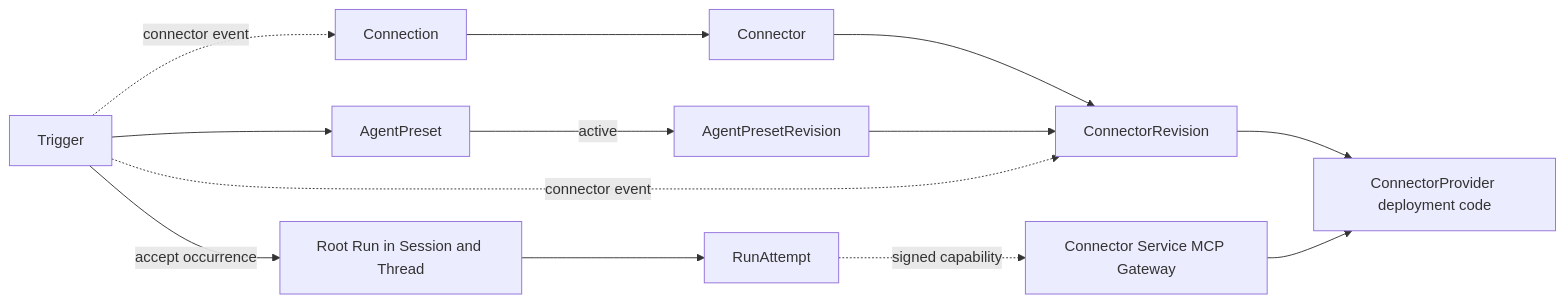
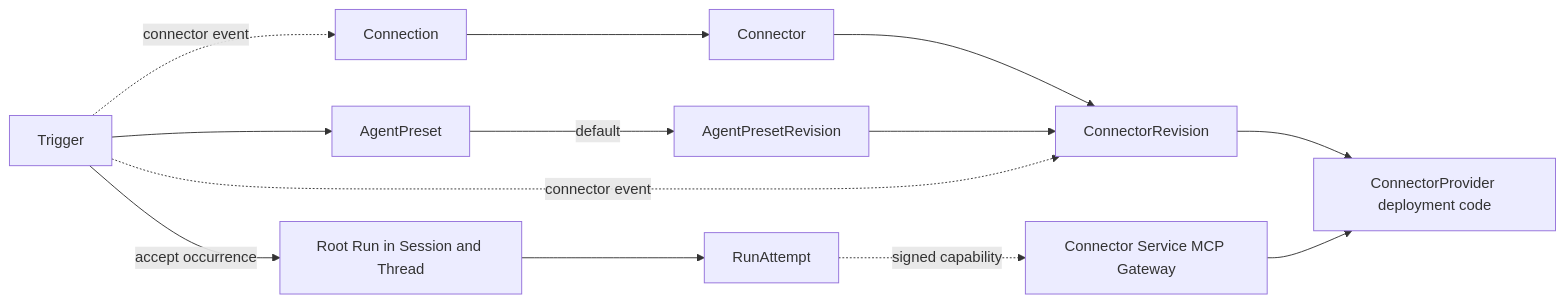
The first of 4 diagrams in spec/foundation-service/23-connectors-connections-and-triggers.md (LTThreeComma/agent-foundation), drawn with Mermaid before and after one commit. The commit also changed other lines of this file and 43 other files, not shown here.

First line of the commit message:
feat(agent-presets): separate revision creation from defaults (#103)

````diff
--- a/spec/foundation-service/23-connectors-connections-and-triggers.md
+++ b/spec/foundation-service/23-connectors-connections-and-triggers.md
@@ -53,23 +53,23 @@
 ```mermaid
 flowchart LR
     Provider[ConnectorProvider deployment code]
     Connector[Connector]
     Revision[ConnectorRevision]
     Connection[Connection]
     AgentPreset[AgentPreset]
     AgentPresetRevision[AgentPresetRevision]
     Trigger[Trigger]
     Run[Root Run in Session and Thread]
     Attempt[RunAttempt]
     Service[Connector Service MCP Gateway]
 
     Connector --> Revision --> Provider
     Connection --> Connector
-    AgentPreset -->|active| AgentPresetRevision
+    AgentPreset -->|default| AgentPresetRevision
     AgentPresetRevision --> Revision
     Trigger --> AgentPreset
     Trigger -. connector event .-> Revision
     Trigger -. connector event .-> Connection
     Trigger -->|accept occurrence| Run --> Attempt
     Attempt -. signed capability .-> Service --> Provider
 ```
````
